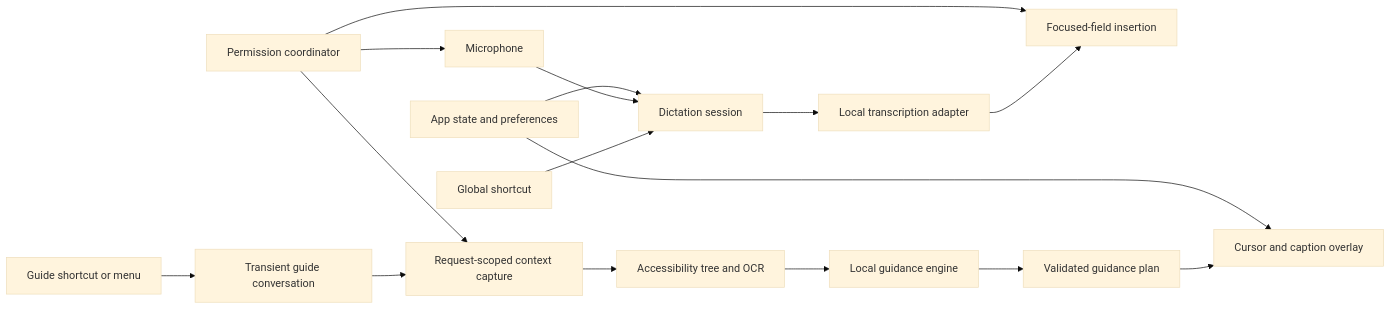
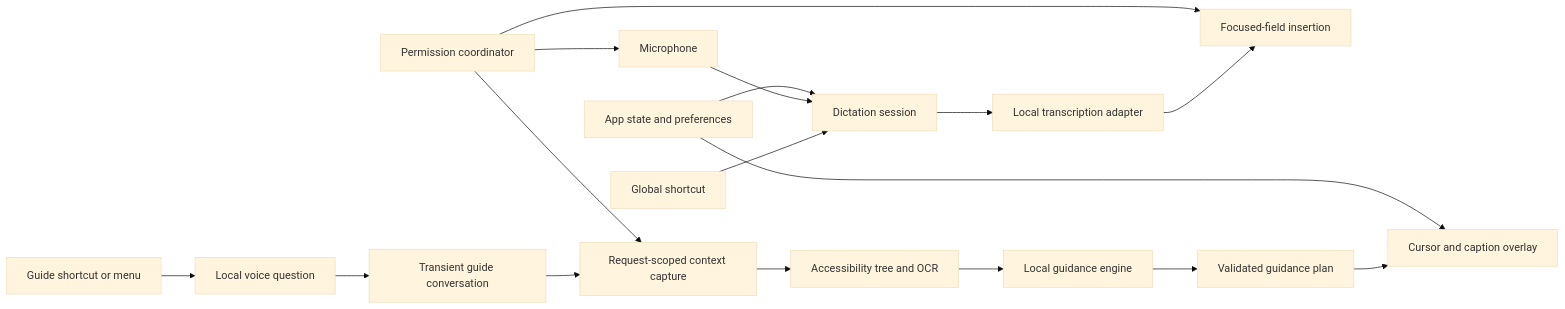
Before and after one commit to serpcompany/serpy-clicky-mac-app: the diagram in ARCHITECTURE.md, drawn with Mermaid (base theme). The commit also changed other lines of this file and 20 other files, not shown here.

````diff
--- a/ARCHITECTURE.md
+++ b/ARCHITECTURE.md
@@ -15,20 +15,21 @@
 ```mermaid
 flowchart LR
     H["Global shortcut"] --> D["Dictation session"]
     M["Microphone"] --> D
     D --> STT["Local transcription adapter"]
     STT --> I["Focused-field insertion"]
 
-    G["Guide shortcut or menu"] --> T["Transient guide conversation"]
+    G["Guide shortcut or menu"] --> V["Local voice question"]
+    V --> T["Transient guide conversation"]
     T --> C["Request-scoped context capture"]
     C --> X["Accessibility tree and OCR"]
     X --> A["Local guidance engine"]
     A --> P["Validated guidance plan"]
     P --> O["Cursor and caption overlay"]
 
     PM["Permission coordinator"] --> M
     PM --> I
     PM --> C
     S["App state and preferences"] --> D
     S --> O
 ```
````
